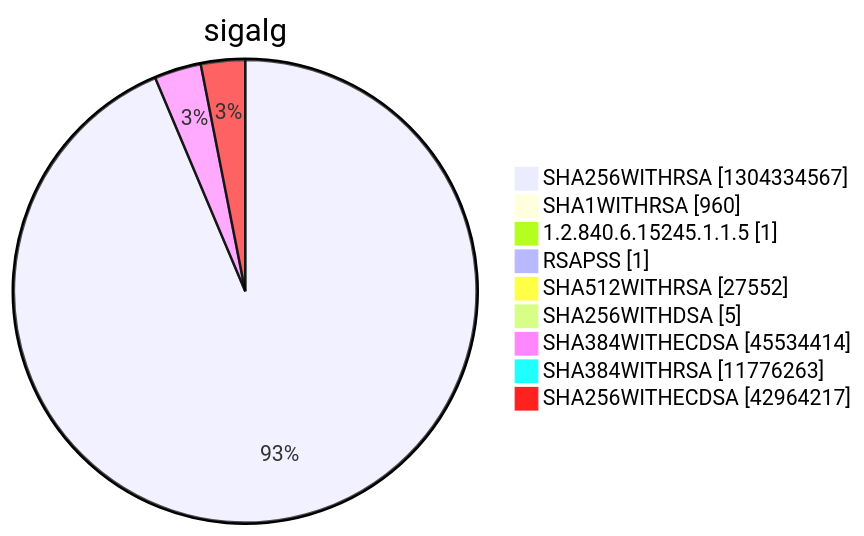
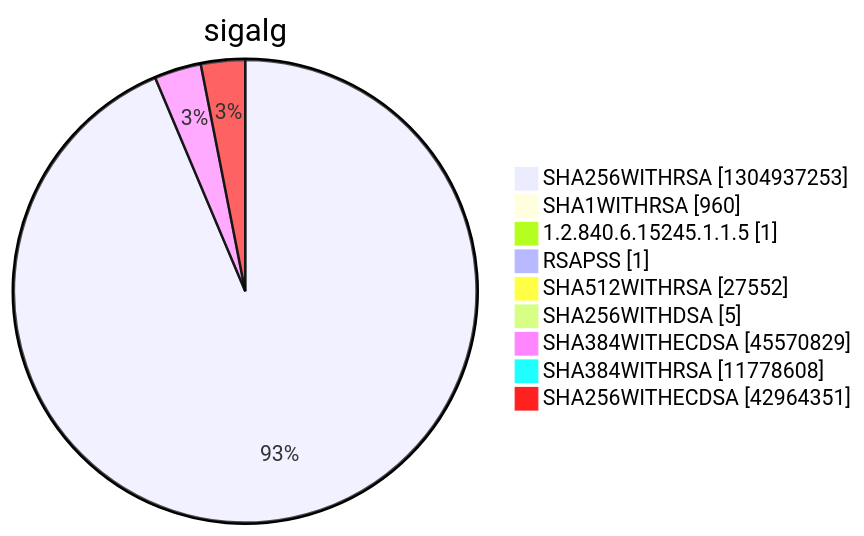
Diagram 15 of 15 in argon2022/README.md (christiankrug/ctmonitor_visualization), drawn with Mermaid before and after one commit. The commit also changed other lines of this file, not shown here.

````diff
--- a/argon2022/README.md
+++ b/argon2022/README.md
@@ -5523,13 +5523,13 @@
 ```mermaid
 pie showData
 title sigalg
-"SHA256WITHRSA" :1304334567
+"SHA256WITHRSA" :1304937253
 "SHA1WITHRSA" :960
 "1.2.840.6.15245.1.1.5" :1
 "RSAPSS" :1
 "SHA512WITHRSA" :27552
 "SHA256WITHDSA" :5
-"SHA384WITHECDSA" :45534414
-"SHA384WITHRSA" :11776263
-"SHA256WITHECDSA" :42964217
+"SHA384WITHECDSA" :45570829
+"SHA384WITHRSA" :11778608
+"SHA256WITHECDSA" :42964351
 ```
````
